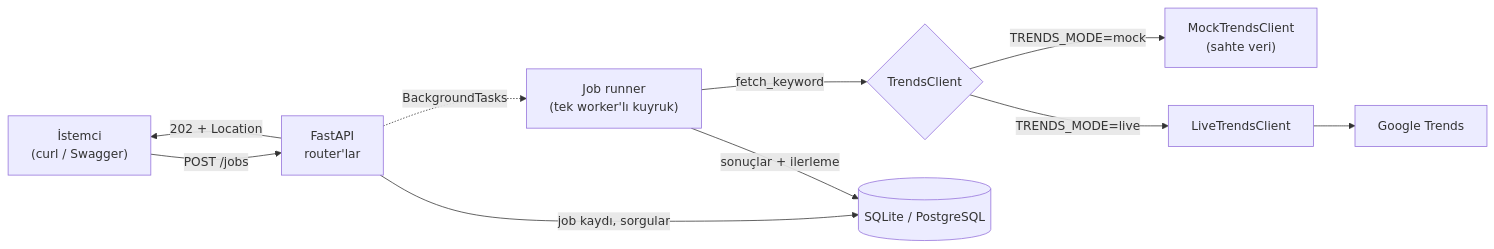
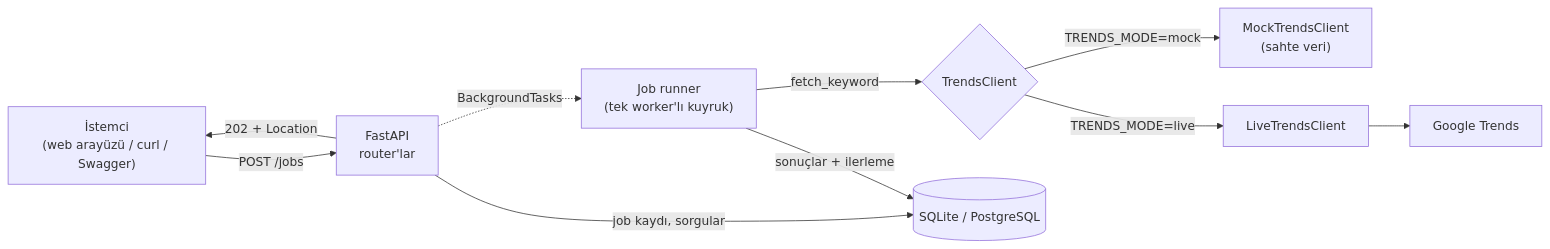
The diagram in README.md (yasinharman/TrendRadar), drawn with Mermaid before and after one commit. The commit also changed other lines of this file and 6 other files, not shown here.

First line of the commit message:
Faz 11: web arayüzü

````diff
--- a/README.md
+++ b/README.md
@@ -21,21 +23,21 @@
 ```mermaid
 flowchart LR
-    client["İstemci<br/>(curl / Swagger)"]
+    client["İstemci<br/>(web arayüzü / curl / Swagger)"]
     api["FastAPI<br/>router'lar"]
     worker["Job runner<br/>(tek worker'lı kuyruk)"]
     trends{"TrendsClient"}
     mock["MockTrendsClient<br/>(sahte veri)"]
     live["LiveTrendsClient"]
     google["Google Trends"]
     db[("SQLite / PostgreSQL")]
 
     client -- "POST /jobs" --> api
     api -- "202 + Location" --> client
     api -- "job kaydı, sorgular" --> db
     api -. "BackgroundTasks" .-> worker
     worker -- "fetch_keyword" --> trends
     trends -- "TRENDS_MODE=mock" --> mock
     trends -- "TRENDS_MODE=live" --> live
     live --> google
     worker -- "sonuçlar + ilerleme" --> db
 ```
````
